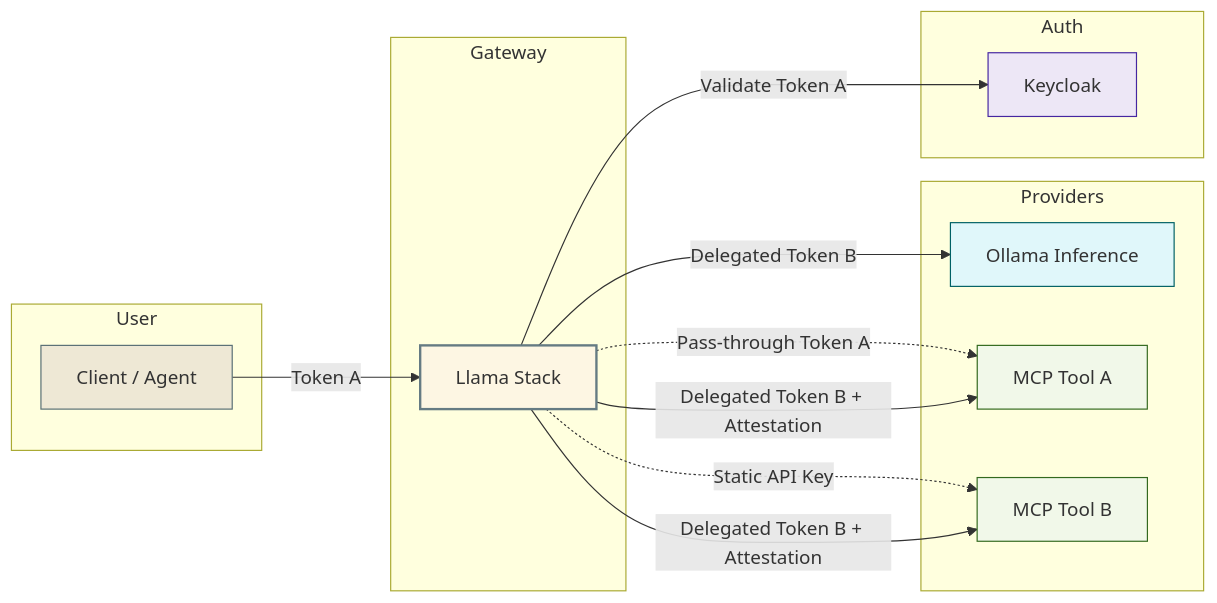
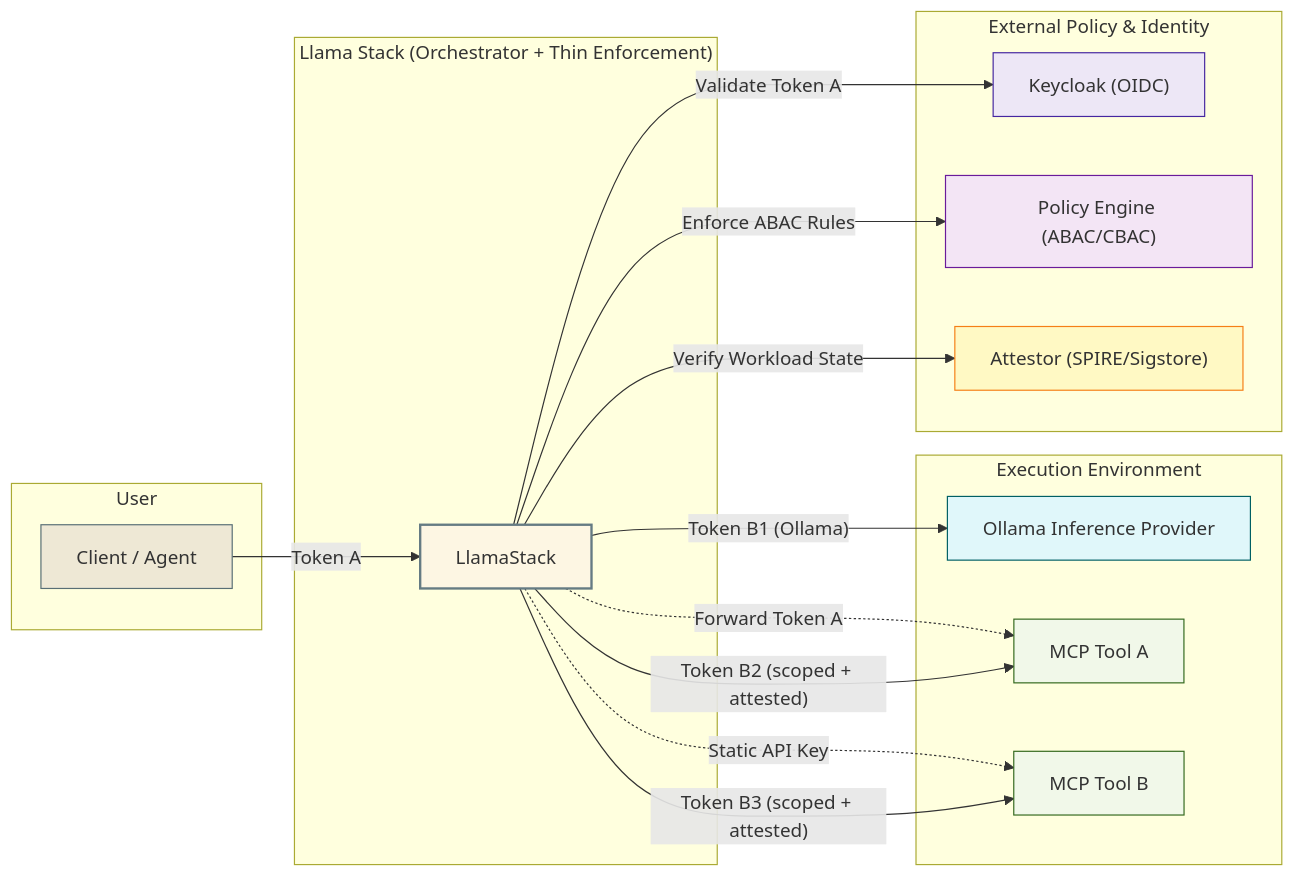
The diagram in docs/diagrams/trust-bounadries.mmd (redhat-et/llama-zt-stack), drawn with Mermaid before and after one commit. The commit also changed 12 other files, not shown here.

First line of the commit message:
feat: add MCP Weather Tool with scope-based access control

```diff
--- a/docs/diagrams/trust-bounadries.mmd
+++ b/docs/diagrams/trust-bounadries.mmd
@@ -1,37 +1,44 @@
 flowchart LR
     subgraph User
-      C[Client / Agent]
+      C["Client / Agent"]
     end
 
-    subgraph Gateway
-      LLS[Llama Stack]
+    subgraph LLS["Llama Stack (Orchestrator + Thin Enforcement)"]
+      LlamaStack
     end
 
-    subgraph Providers
-      O[Ollama Inference]
-      T1[MCP Tool A]
-      T2[MCP Tool B]
+    subgraph Providers["Execution Environment"]
+      O["Ollama Inference Provider"]
+      T1["MCP Tool A"]
+      T2["MCP Tool B"]
     end
 
-    subgraph Auth
-      K[Keycloak]
+    subgraph Policy["External Policy & Identity"]
+      K["Keycloak (OIDC)"]
+      P["Policy Engine (ABAC/CBAC)"]
+      A["Attestor (SPIRE/Sigstore)"]
     end
 
-    C -->|Token A| LLS
-    LLS -->|Validate Token A| K
+    %% Flow
+    C -->|"Token A"| LlamaStack
+    LlamaStack -->|"Validate Token A"| K
+    LlamaStack -->|"Enforce ABAC Rules"| P
 
-    %% Current (broken)
-    LLS -. Pass-through Token A .-> T1
-    LLS -. Static API Key .-> T2
+    %% Current weak paths
+    LlamaStack -. "Forward Token A" .-> T1
+    LlamaStack -. "Static API Key" .-> T2
 
-    %% Desired ZT
-    LLS -->|Delegated Token B| O
-    LLS -->|Delegated Token B + Attestation| T1
-    LLS -->|Delegated Token B + Attestation| T2
+    %% ZT-improved paths (separate tokens)
+    LlamaStack -->|"Token B1 (Ollama)"| O
+    LlamaStack -->|"Token B2 (scoped + attested)"| T1
+    LlamaStack -->|"Token B3 (scoped + attested)"| T2
+    LlamaStack -->|"Verify Workload State"| A
 
-    style LLS fill:#fdf6e3,stroke:#657b83,stroke-width:2px
+    style LlamaStack fill:#fdf6e3,stroke:#657b83,stroke-width:2px
     style C fill:#eee8d5,stroke:#586e75
     style O fill:#e0f7fa,stroke:#006064
     style T1 fill:#f1f8e9,stroke:#33691e
     style T2 fill:#f1f8e9,stroke:#33691e
     style K fill:#ede7f6,stroke:#4527a0
+    style P fill:#f3e5f5,stroke:#6a1b9a
+    style A fill:#fff9c4,stroke:#f57f17
```
